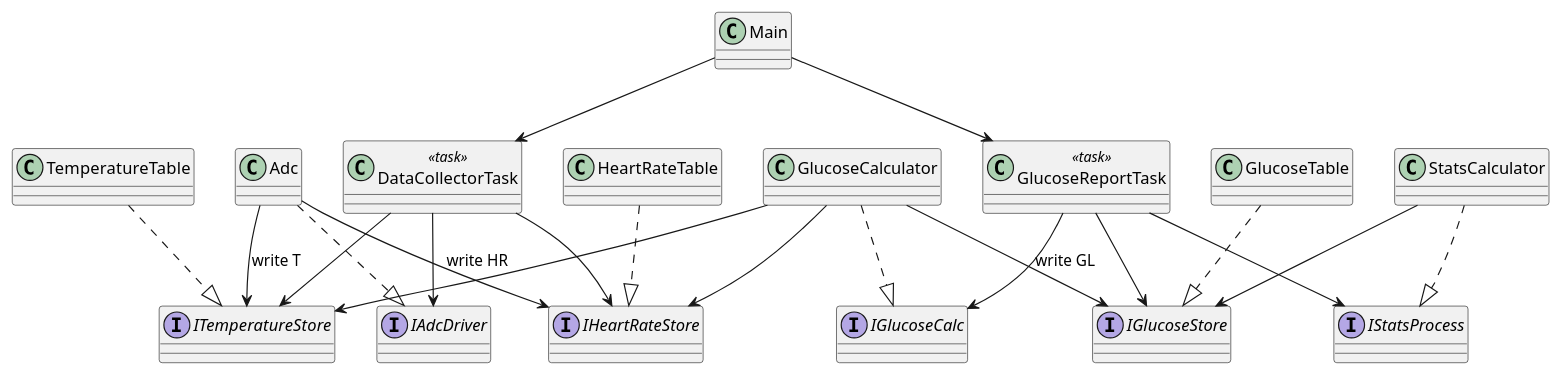
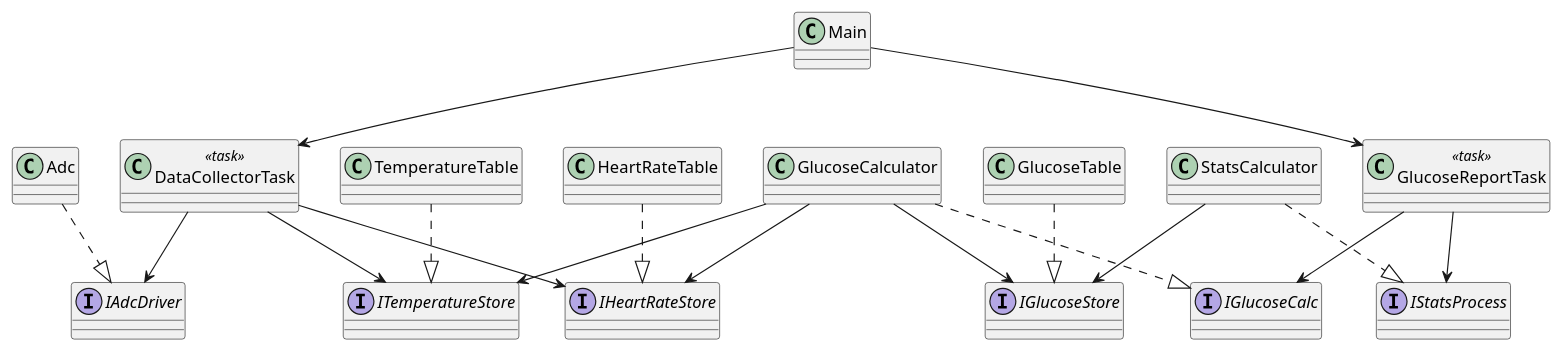
One commit to 1xXENDXx1/Kurs changed the diagram in kurs.adoc. Above: the diagram before and after it, drawn with PlantUML.

Commit message:
Исправил123

```diff
--- a/kurs.adoc
+++ b/kurs.adoc
@@ -435,76 +435,73 @@
 [plantuml, architecture_simple, svg]
 ----
 @startuml
 '-----------------------------------------------
-'  Небольшая стилизация интерфейсов
+'  Стили для интерфейсов
 '-----------------------------------------------
 skinparam interfaceBackgroundColor HoneyDew
 skinparam interfaceBorderColor     DarkSeaGreen
 
 '-----------------------------------------------
 '  Интерфейсы
 '-----------------------------------------------
 interface IAdcDriver
 interface ITemperatureStore
 interface IHeartRateStore
 interface IGlucoseStore
 interface IGlucoseCalc
 interface IStatsProcess
 
 '-----------------------------------------------
 '  Реализации
 '-----------------------------------------------
 class Adc
 class TemperatureTable
 class HeartRateTable
 class GlucoseTable
 class GlucoseCalculator
 class StatsCalculator
 
 '-----------------------------------------------
 '  RTOS‑задачи
 '-----------------------------------------------
 class DataCollectorTask <<task>>
 class GlucoseReportTask <<task>>
 
 '-----------------------------------------------
 '  Точка входа
 '-----------------------------------------------
 class Main
 
 '-----------------------------------------------
 '  Реализация интерфейсов
 '-----------------------------------------------
 Adc               ..|> IAdcDriver
 TemperatureTable  ..|> ITemperatureStore
 HeartRateTable    ..|> IHeartRateStore
 GlucoseTable      ..|> IGlucoseStore
 GlucoseCalculator ..|> IGlucoseCalc
 StatsCalculator   ..|> IStatsProcess
 
 '-----------------------------------------------
-'  Зависимости (только через интерфейсы)
+'  Зависимости (через интерфейсы)
 '-----------------------------------------------
 DataCollectorTask --> IAdcDriver
 DataCollectorTask --> ITemperatureStore
 DataCollectorTask --> IHeartRateStore
 
-Adc --> ITemperatureStore : write T
-Adc --> IHeartRateStore   : write HR
-
 GlucoseCalculator --> ITemperatureStore
 GlucoseCalculator --> IHeartRateStore
-GlucoseCalculator --> IGlucoseStore   : write GL
+GlucoseCalculator --> IGlucoseStore
 
 StatsCalculator   --> IGlucoseStore
 
 GlucoseReportTask --> IGlucoseCalc
 GlucoseReportTask --> IStatsProcess
-GlucoseReportTask --> IGlucoseStore
 
 Main --> DataCollectorTask
 Main --> GlucoseReportTask
 @enduml
 
 
+
 ----
```
